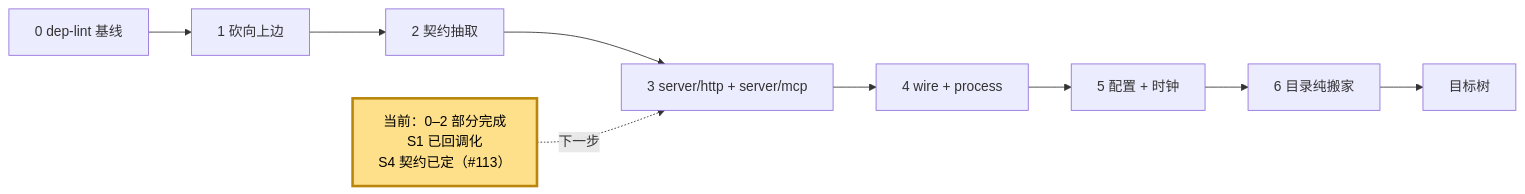
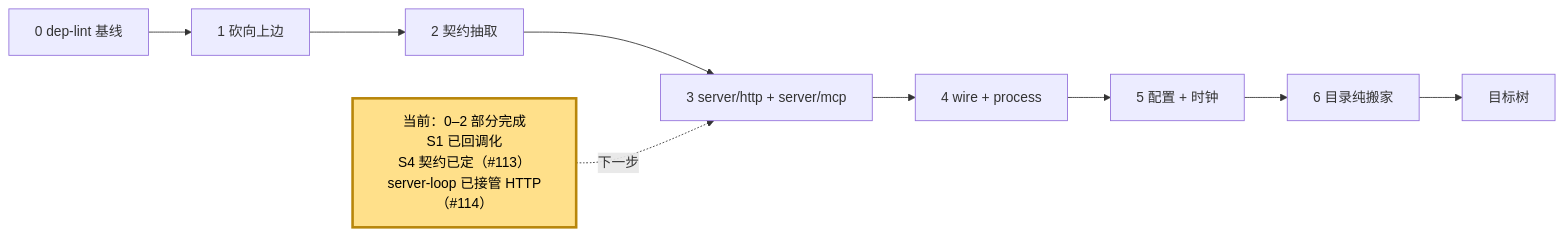
Before and after one commit to webxxxxx/plugin-manager: the fifth of 5 diagrams in docs/architecture.md, drawn with Mermaid. The commit also changed other lines of this file and 8 other files, not shown here.

Commit message:
feat(server): server-loop 接管 HTTP listener 与 legacy bridge (#114)

````diff
--- a/docs/architecture.md
+++ b/docs/architecture.md
@@ -378,15 +378,15 @@
 ```mermaid
 flowchart LR
     S0["0 dep-lint 基线"] --> S1["1 砍向上边"]
     S1 --> S2["2 契约抽取"]
     S2 --> S3["3 server/http + server/mcp"]
     S3 --> S4["4 wire + process"]
     S4 --> S5["5 配置 + 时钟"]
     S5 --> S6["6 目录纯搬家"]
     S6 --> DONE["目标树"]
 
-    NOW["当前：0–2 部分完成<br/>S1 已回调化<br/>S4 契约已定（#113）"]:::current
+    NOW["当前：0–2 部分完成<br/>S1 已回调化<br/>S4 契约已定（#113）<br/>server-loop 已接管 HTTP（#114）"]:::current
     NOW -.->|下一步| S3
 
     classDef current fill:#ffe08a,stroke:#b8860b,stroke-width:3px,color:#000
 ```
````
